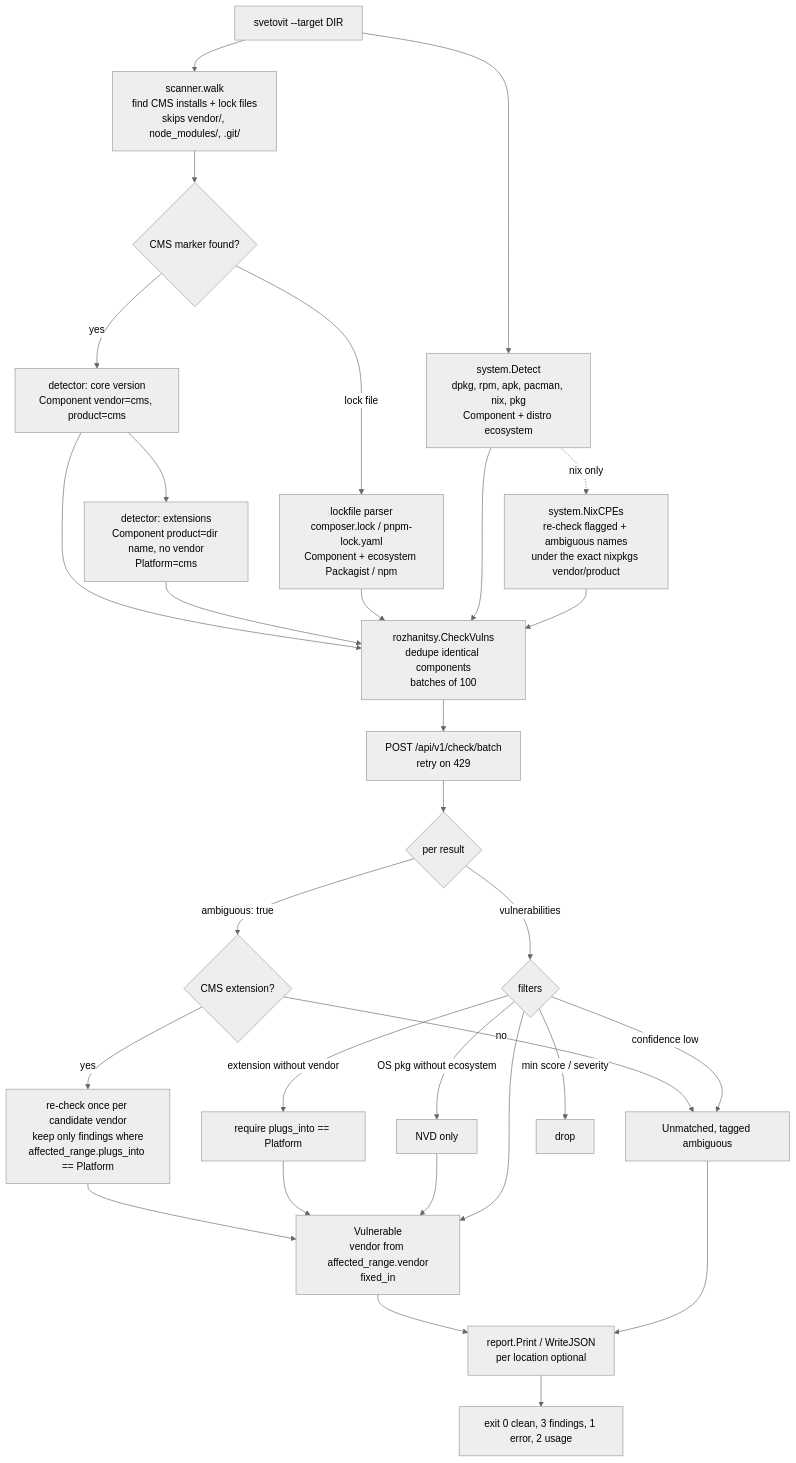
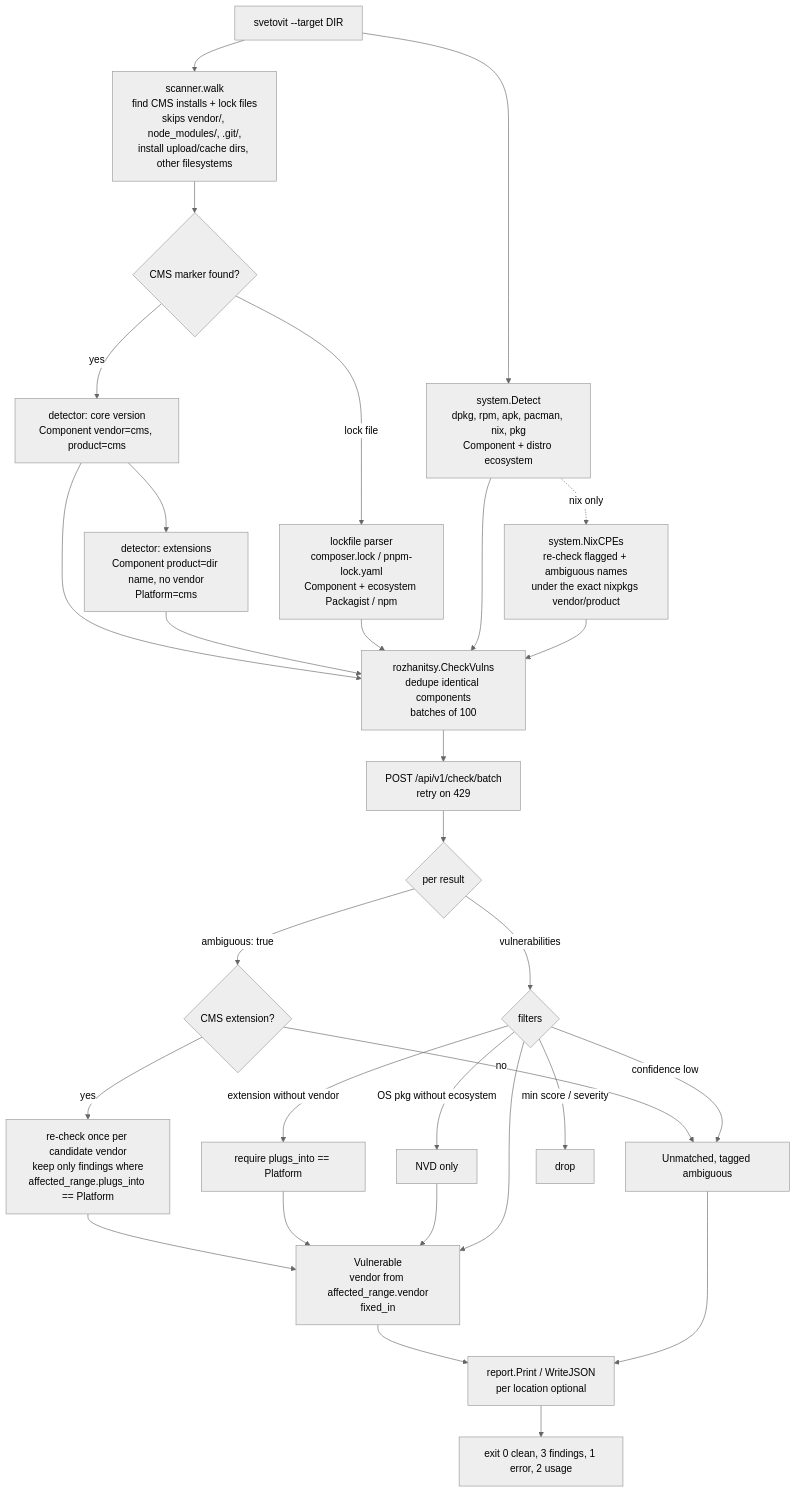
One commit to TadeasDitte/svetovit changed the diagram in docs/flow.md. Above: the diagram before and after it, drawn with Mermaid (neutral theme). The commit also changed 13 other files, not shown here.

````diff
--- a/docs/flow.md
+++ b/docs/flow.md
@@ -6,38 +6,38 @@
 ```mermaid
 flowchart TD
-    A[svetovit --target DIR] --> B[scanner.walk<br/>find CMS installs + lock files<br/>skips vendor/, node_modules/, .git/]
+    A[svetovit --target DIR] --> B[scanner.walk<br/>find CMS installs + lock files<br/>skips vendor/, node_modules/, .git/,<br/>install upload/cache dirs, other filesystems]
     B --> C{CMS marker found?}
     C -->|yes| D[detector: core version<br/>Component vendor=cms, product=cms]
     D --> E[detector: extensions<br/>Component product=dir name, no vendor<br/>Platform=cms]
     C -->|lock file| F[lockfile parser<br/>composer.lock / pnpm-lock.yaml<br/>Component + ecosystem Packagist / npm]
     A --> G[system.Detect<br/>dpkg, rpm, apk, pacman, nix, pkg<br/>Component + distro ecosystem]
 
     D --> H
     E --> H
     F --> H
     G --> H
 
     H[rozhanitsy.CheckVulns<br/>dedupe identical components<br/>batches of 100] --> I[POST /api/v1/check/batch<br/>retry on 429]
     I --> J{per result}
 
     J -->|ambiguous: true| K{CMS extension?}
     K -->|no| U[Unmatched, tagged ambiguous]
     K -->|yes| L[re-check once per candidate vendor<br/>keep only findings where<br/>affected_range.plugs_into == Platform]
     L --> V
 
     J -->|vulnerabilities| M{filters}
     M -->|extension without vendor| N[require plugs_into == Platform]
     M -->|OS pkg without ecosystem| O[NVD only]
     M -->|confidence low| U
     M -->|min score / severity| P[drop]
     N --> V
     O --> V
     M --> V[Vulnerable<br/>vendor from affected_range.vendor<br/>fixed_in]
 
     G -. nix only .-> Q[system.NixCPEs<br/>re-check flagged + ambiguous names<br/>under the exact nixpkgs vendor/product]
     Q --> H
 
     V --> R[report.Print / WriteJSON<br/>per location optional]
     U --> R
     R --> S[exit 0 clean, 3 findings, 1 error, 2 usage]
 ```
````
